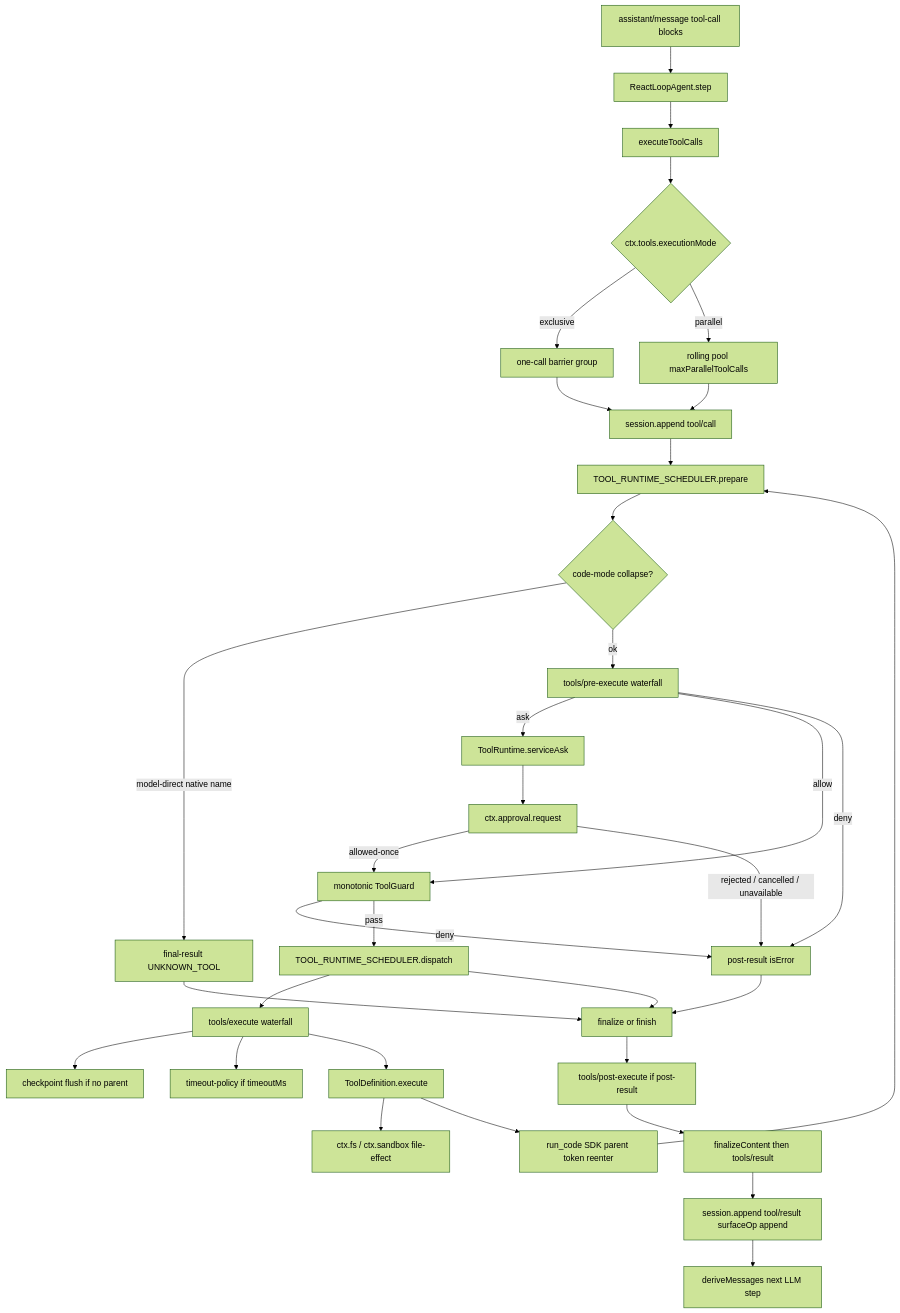
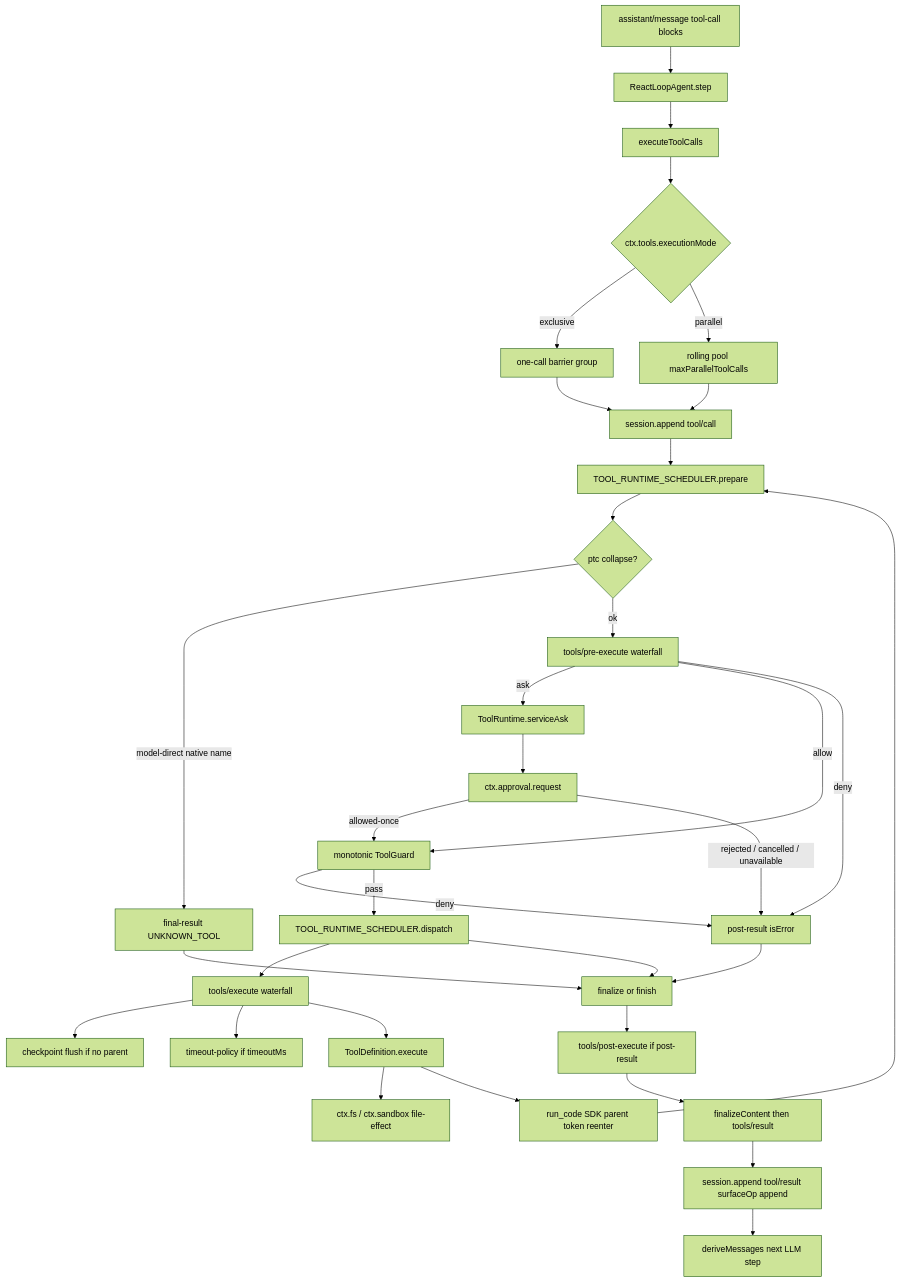
One commit to wdnmdtonyma/SOTA-Agent-LLM-Wiki changed the diagram in docs/llm-wiki/deepseek-harness/spine/tool-call-anatomy.md. Above: the diagram before and after it, drawn with Mermaid (forest theme). The commit also changed other lines of this file and 217 other files, not shown here.

````diff
--- a/docs/llm-wiki/deepseek-harness/spine/tool-call-anatomy.md
+++ b/docs/llm-wiki/deepseek-harness/spine/tool-call-anatomy.md
@@ -60,36 +62,36 @@
 ```mermaid
 flowchart TD
   Assist["assistant/message tool-call blocks"] --> Loop["ReactLoopAgent.step"]
   Loop --> Sched["executeToolCalls"]
   Sched --> Mode{"ctx.tools.executionMode"}
   Mode -->|"exclusive"| Barrier["one-call barrier group"]
   Mode -->|"parallel"| Pool["rolling pool maxParallelToolCalls"]
   Barrier --> LogCall["session.append tool/call"]
   Pool --> LogCall
   LogCall --> Prep["TOOL_RUNTIME_SCHEDULER.prepare"]
-  Prep --> Collapse{"code-mode collapse?"}
+  Prep --> Collapse{"ptc collapse?"}
   Collapse -->|"model-direct native name"| FinalDeny["final-result UNKNOWN_TOOL"]
   Collapse -->|"ok"| PreWF["tools/pre-execute waterfall"]
   PreWF -->|"ask"| Ask["ToolRuntime.serviceAsk"]
   Ask --> Appr["ctx.approval.request"]
   Appr -->|"allowed-once"| Guards["monotonic ToolGuard"]
   Appr -->|"rejected / cancelled / unavailable"| Deny["post-result isError"]
   PreWF -->|"allow"| Guards
   PreWF -->|"deny"| Deny
   Guards -->|"deny"| Deny
   Guards -->|"pass"| Disp["TOOL_RUNTIME_SCHEDULER.dispatch"]
   Disp --> ExecWF["tools/execute waterfall"]
   ExecWF --> Ckpt["checkpoint flush if no parent"]
   ExecWF --> Tmo["timeout-policy if timeoutMs"]
   ExecWF --> Body["ToolDefinition.execute"]
   Body --> FileFx["ctx.fs / ctx.sandbox file-effect"]
   Body --> Nested["run_code SDK parent token reenter"]
   Nested --> Prep
   Disp --> Fin["finalize or finish"]
   Deny --> Fin
   FinalDeny --> Fin
   Fin --> PostWF["tools/post-execute if post-result"]
   PostWF --> Notify["finalizeContent then tools/result"]
   Notify --> LogRes["session.append tool/result surfaceOp append"]
   LogRes --> Next["deriveMessages next LLM step"]
 ```
````
